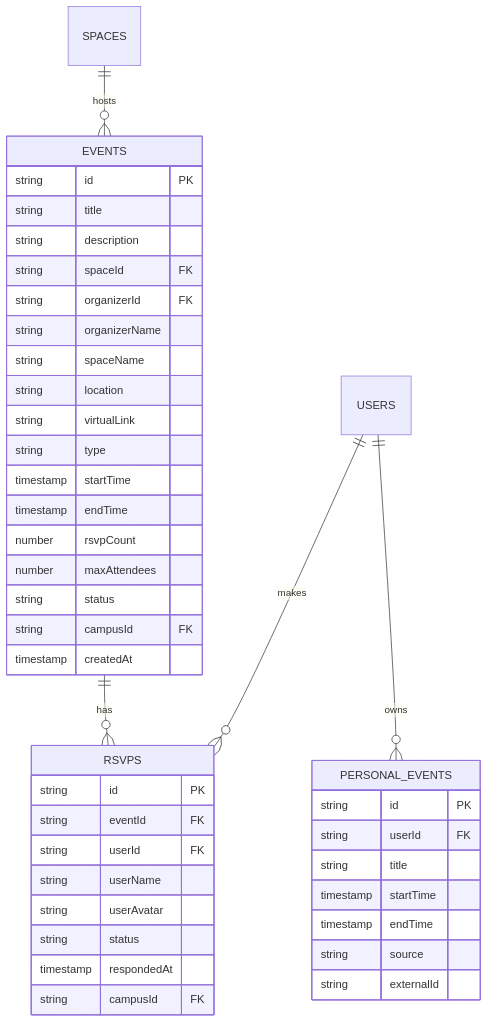
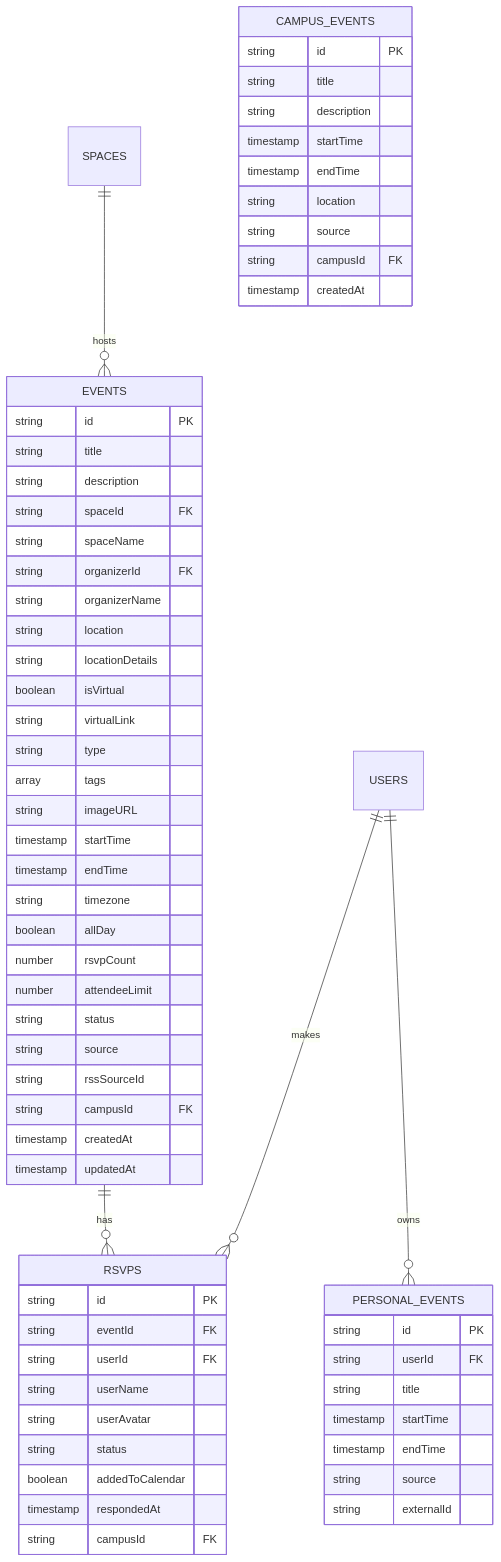
The second of 11 diagrams in docs/ERD.md (rhinehart514/HIVE_OFFICIAL), drawn with Mermaid before and after one commit. The commit also changed other lines of this file, not shown here.

First line of the commit message:
docs: Comprehensive ERD overhaul — 11 diagrams, 50+ collections

````diff
--- a/docs/ERD.md
+++ b/docs/ERD.md
@@ -123,48 +192,70 @@
 ```mermaid
 erDiagram
     SPACES ||--o{ EVENTS : hosts
     EVENTS ||--o{ RSVPS : has
     USERS ||--o{ RSVPS : makes
     USERS ||--o{ PERSONAL_EVENTS : owns
 
     EVENTS {
         string id PK
         string title
         string description
         string spaceId FK
+        string spaceName
         string organizerId FK
         string organizerName
-        string spaceName
         string location
+        string locationDetails
+        boolean isVirtual
         string virtualLink
         string type
+        array tags
+        string imageURL
         timestamp startTime
         timestamp endTime
+        string timezone
+        boolean allDay
         number rsvpCount
-        number maxAttendees
+        number attendeeLimit
         string status
+        string source
+        string rssSourceId
         string campusId FK
         timestamp createdAt
+        timestamp updatedAt
     }
 
     RSVPS {
         string id PK
         string eventId FK
         string userId FK
         string userName
         string userAvatar
         string status
+        boolean addedToCalendar
         timestamp respondedAt
         string campusId FK
     }
 
     PERSONAL_EVENTS {
         string id PK
         string userId FK
         string title
         timestamp startTime
         timestamp endTime
         string source
         string externalId
     }
+
+    CAMPUS_EVENTS {
+        string id PK
+        string title
+        string description
+        timestamp startTime
+        timestamp endTime
+        string location
+        string source
+        string campusId FK
+        timestamp createdAt
+    }
 ```
````
